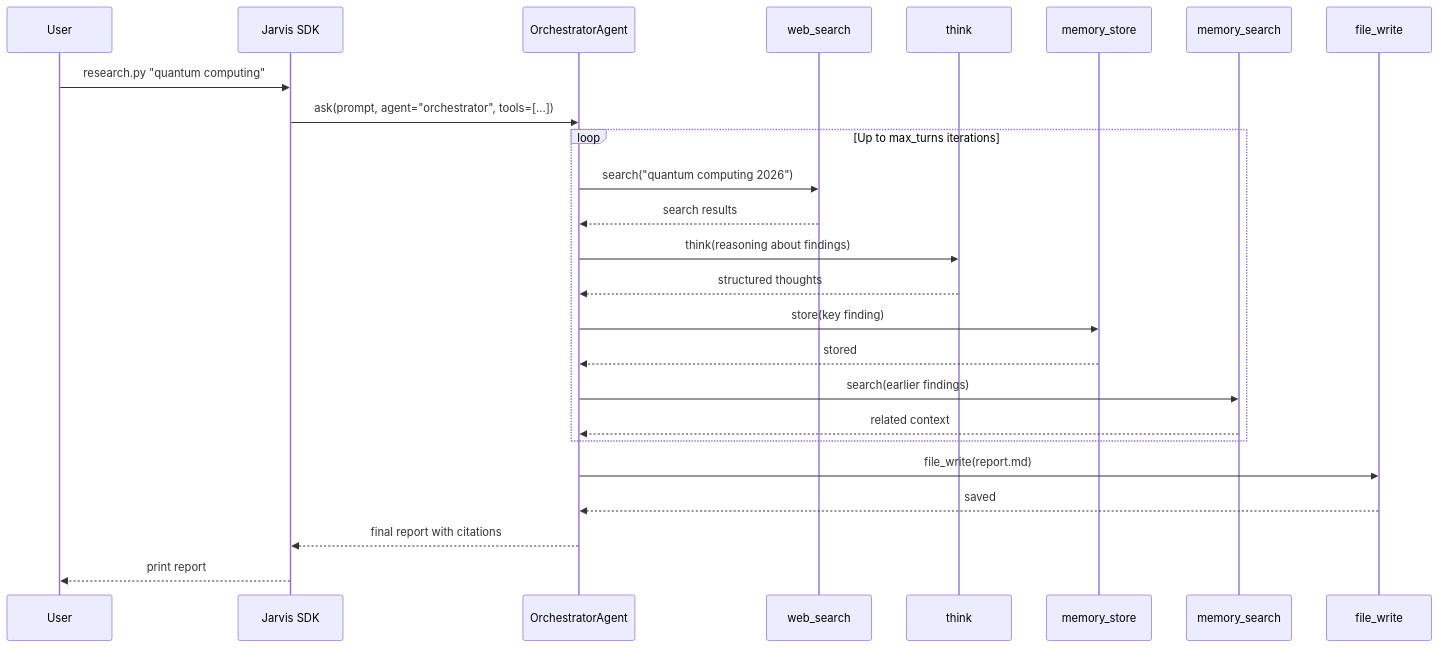
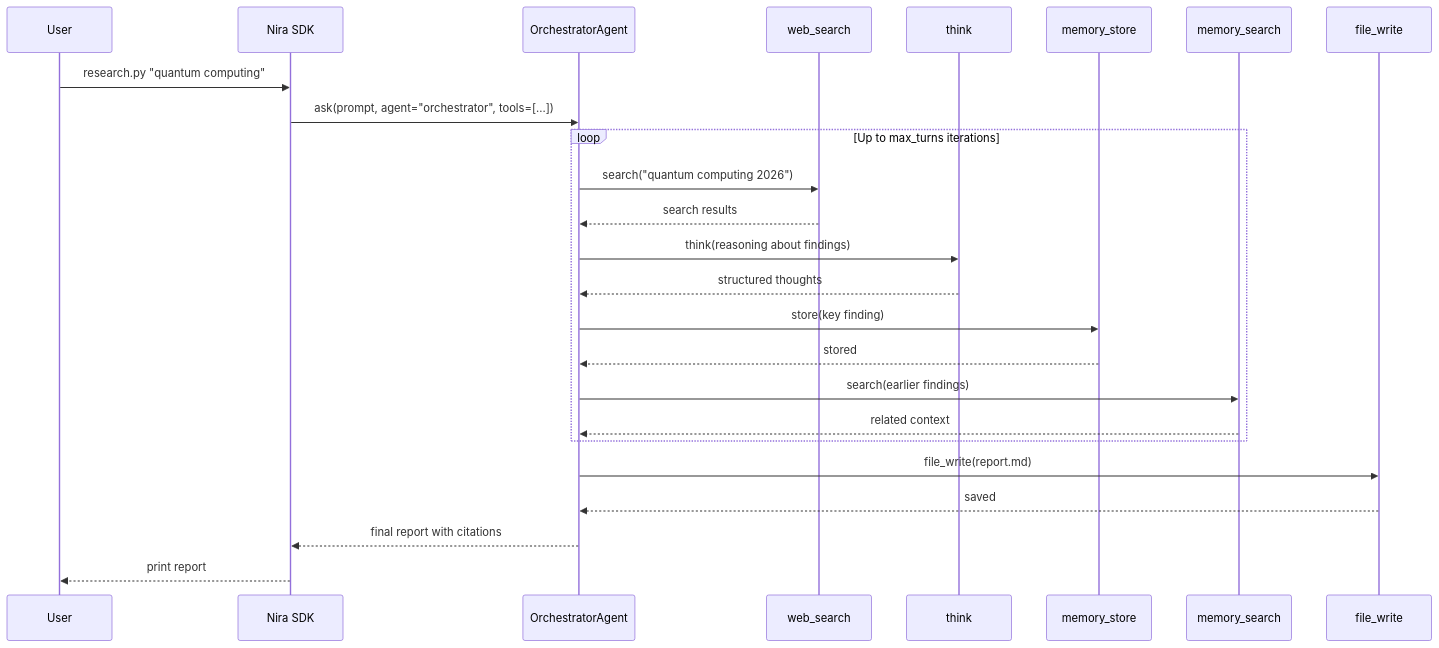
The diagram in docs/tutorials/deep-research.md (kmahendra999/nira), drawn with Mermaid before and after one commit. The commit also changed other lines of this file and 1807 other files, not shown here.

````diff
--- a/docs/tutorials/deep-research.md
+++ b/docs/tutorials/deep-research.md
@@ -42,28 +42,28 @@
 ```mermaid
 sequenceDiagram
     participant U as User
-    participant J as Jarvis SDK
+    participant J as Nira SDK
     participant O as OrchestratorAgent
     participant W as web_search
     participant T as think
     participant MS as memory_store
     participant MQ as memory_search
     participant F as file_write
 
     U->>J: research.py "quantum computing"
     J->>O: ask(prompt, agent="orchestrator", tools=[...])
     loop Up to max_turns iterations
         O->>W: search("quantum computing 2026")
         W-->>O: search results
         O->>T: think(reasoning about findings)
         T-->>O: structured thoughts
         O->>MS: store(key finding)
         MS-->>O: stored
         O->>MQ: search(earlier findings)
         MQ-->>O: related context
     end
     O->>F: file_write(report.md)
     F-->>O: saved
     O-->>J: final report with citations
     J-->>U: print report
 ```
````
